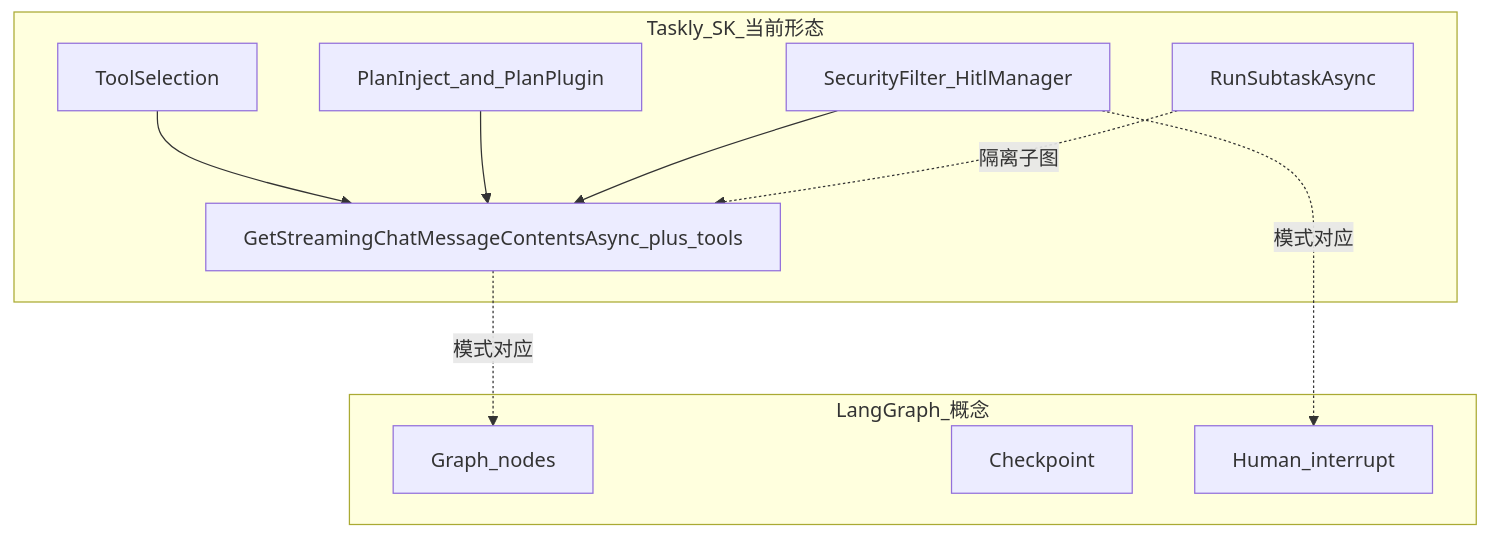
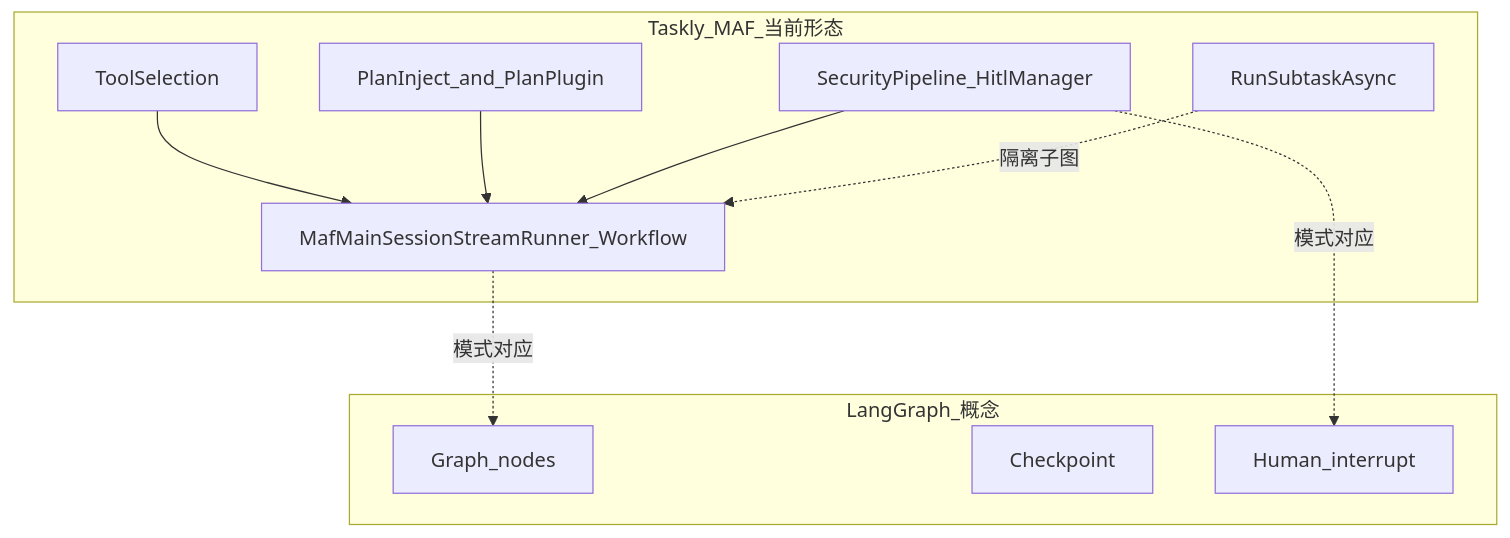
The diagram in docs/开源AI借鉴落地.md (torsilver/OpenWorkmate), drawn with Mermaid before and after one commit. The commit also changed other lines of this file and 13 other files, not shown here.

````diff
--- a/docs/开源AI借鉴落地.md
+++ b/docs/开源AI借鉴落地.md
@@ -109,21 +109,21 @@
 ```mermaid
 flowchart TB
-  subgraph taskly [Taskly_SK_当前形态]
+  subgraph taskly [Taskly_MAF_当前形态]
     TS[ToolSelection]
-    SKStream[GetStreamingChatMessageContentsAsync_plus_tools]
+    MafStream[MafMainSessionStreamRunner_Workflow]
     Plan[PlanInject_and_PlanPlugin]
-    HITL[SecurityFilter_HitlManager]
+    HITL[SecurityPipeline_HitlManager]
     Sub[RunSubtaskAsync]
   end
   subgraph langgraph [LangGraph_概念]
     Node[Graph_nodes]
     Check[Checkpoint]
     Human[Human_interrupt]
   end
-  TS --> SKStream
-  Plan --> SKStream
-  HITL --> SKStream
-  Sub -.->|隔离子图| SKStream
-  SKStream -.->|模式对应| Node
+  TS --> MafStream
+  Plan --> MafStream
+  HITL --> MafStream
+  Sub -.->|隔离子图| MafStream
+  MafStream -.->|模式对应| Node
   HITL -.->|模式对应| Human
 ```
````
